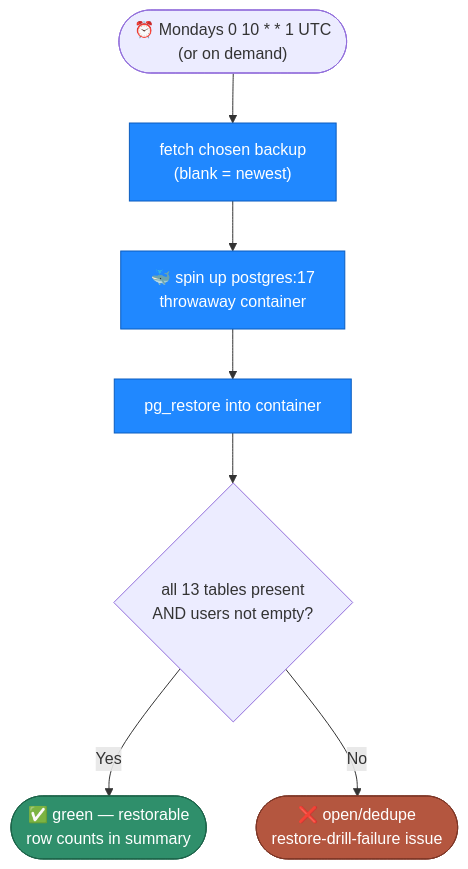
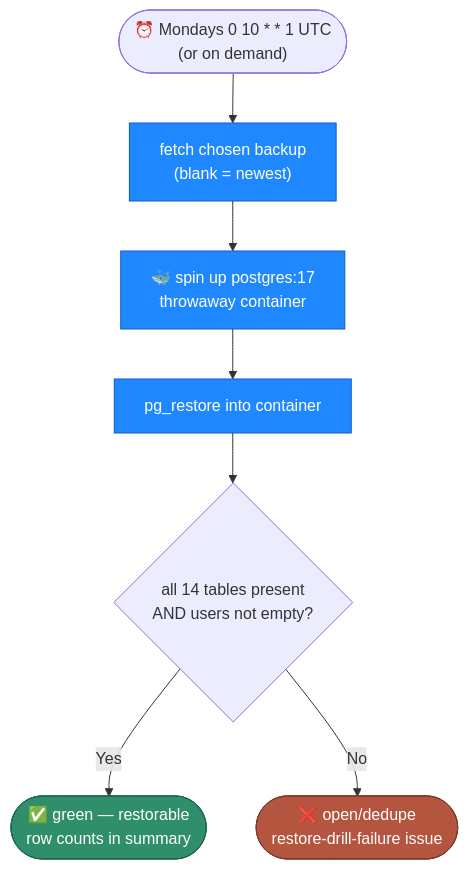
One commit to drewdog88/afrotc-native-ios changed the second of 2 diagrams in wiki/Backups-and-Recovery.md. Above: the diagram before and after it, drawn with Mermaid. The commit also changed other lines of this file and 1 other file, not shown here.

Commit message:
ci(backups): cover auth_sessions in the restore drill

````diff
--- a/wiki/Backups-and-Recovery.md
+++ b/wiki/Backups-and-Recovery.md
@@ -46,16 +46,16 @@
 ```mermaid
 flowchart TD
     START(["⏰ Mondays 0 10 * * 1 UTC<br>(or on demand)"]) --> PULL["fetch chosen backup<br>(blank = newest)"]
     PULL --> SPIN["🐳 spin up postgres:17<br>throwaway container"]
     SPIN --> RESTORE["pg_restore into container"]
-    RESTORE --> CHECK{"all 13 tables present<br>AND users not empty?"}
+    RESTORE --> CHECK{"all 14 tables present<br>AND users not empty?"}
     CHECK -->|"Yes"| GREEN(["✅ green — restorable<br>row counts in summary"])
     CHECK -->|"No"| RED(["❌ open/dedupe<br>restore-drill-failure issue"])
 
     classDef ci fill:#2088FF,stroke:#0b5cbf,color:#ffffff
     classDef ok fill:#2f8f6b,stroke:#1c6349,color:#ffffff
     classDef err fill:#b4563f,stroke:#7d3626,color:#ffffff
     class PULL,SPIN,RESTORE ci
     class GREEN ok
     class RED err
 ```
````
